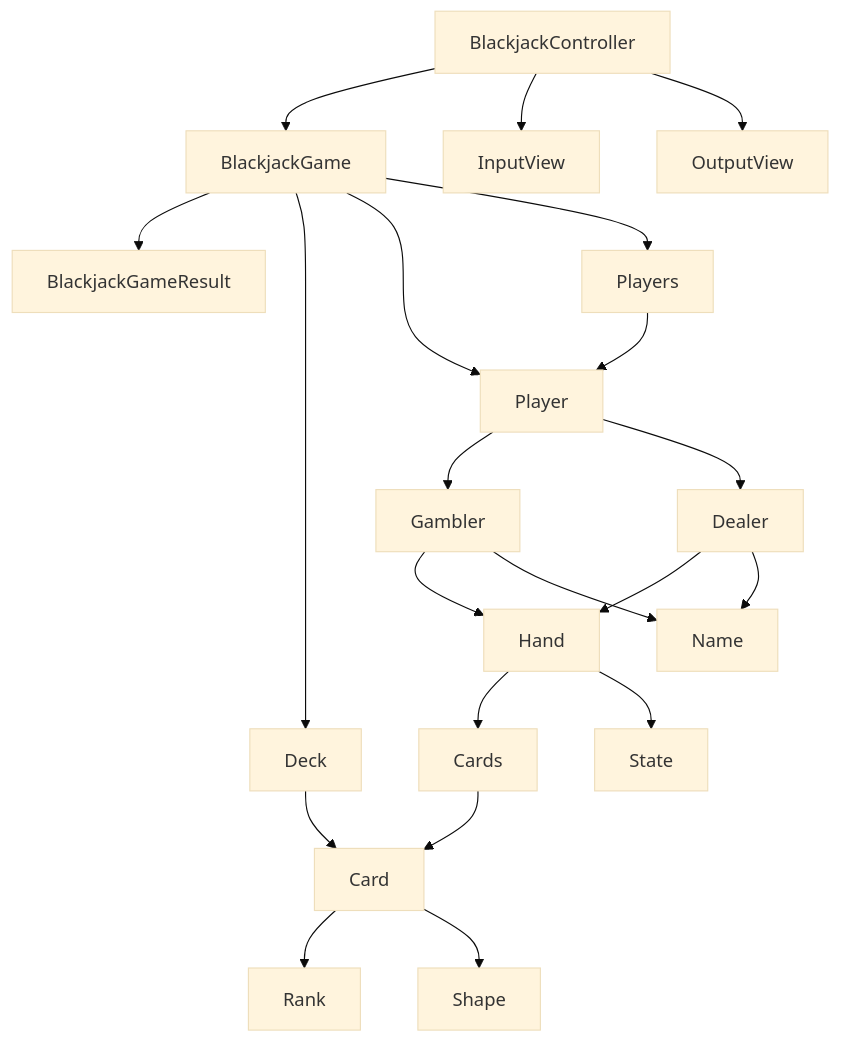
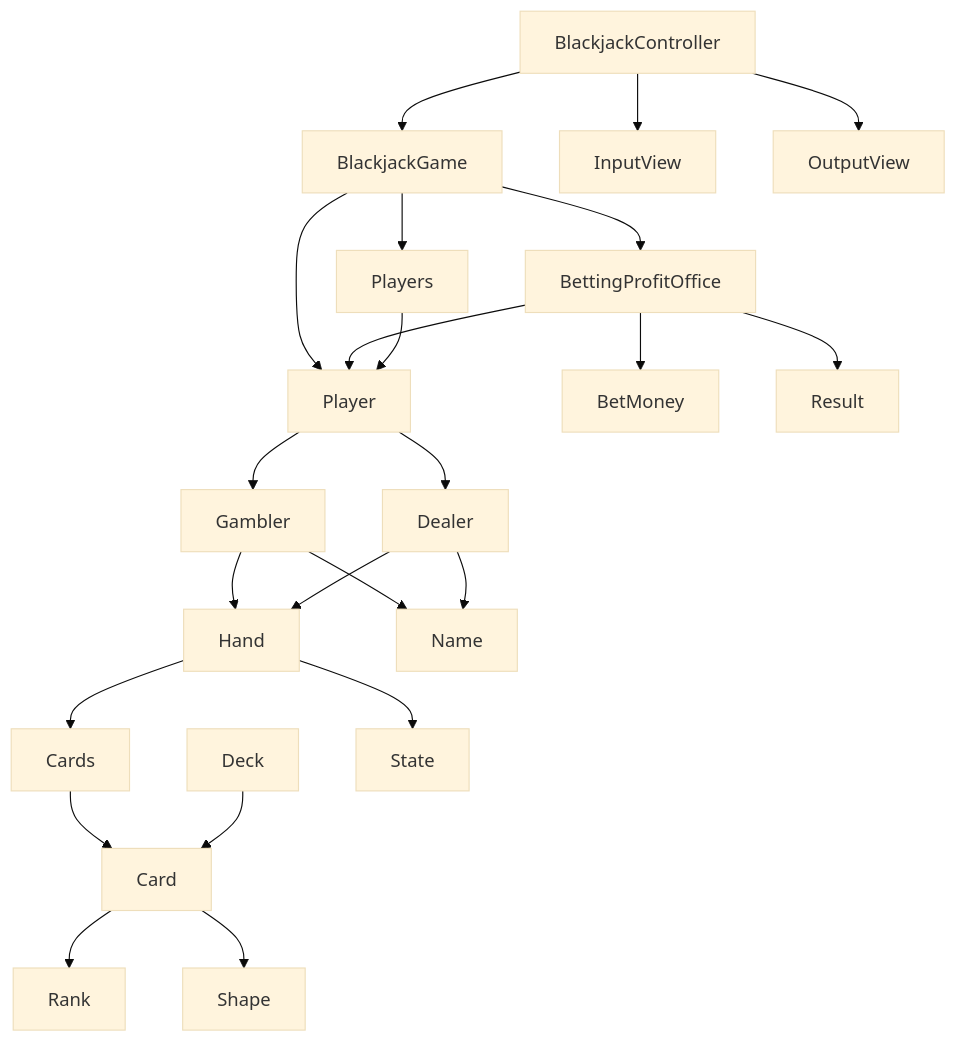
Before and after one commit to woowacourse/java-blackjack: the diagram in README.md, drawn with Mermaid (base theme). The commit also changed other lines of this file and 26 other files, not shown here.

````diff
--- a/README.md
+++ b/README.md
@@ -11,29 +11,32 @@
 ```mermaid
 flowchart
     Card --> Rank
     Card --> Shape
 
     Cards --> Card
 
     Deck --> Card
 
-    BlackjackGame --> BlackjackGameResult
-    BlackjackGame --> Deck
+    BlackjackGame --> BettingProfitOffice
     BlackjackGame --> Player
+
+    BettingProfitOffice --> Player
+    BettingProfitOffice --> BetMoney
+    BettingProfitOffice --> Result
 
     BlackjackController --> BlackjackGame
     BlackjackController --> InputView
     BlackjackController --> OutputView
 
     Players --> Player
     Player --> Gambler --> Hand
     Player --> Dealer --> Hand
 
     Hand --> Cards
     Hand --> State
 
     Gambler --> Name
     Dealer --> Name
 
     BlackjackGame --> Players
 ```
````
